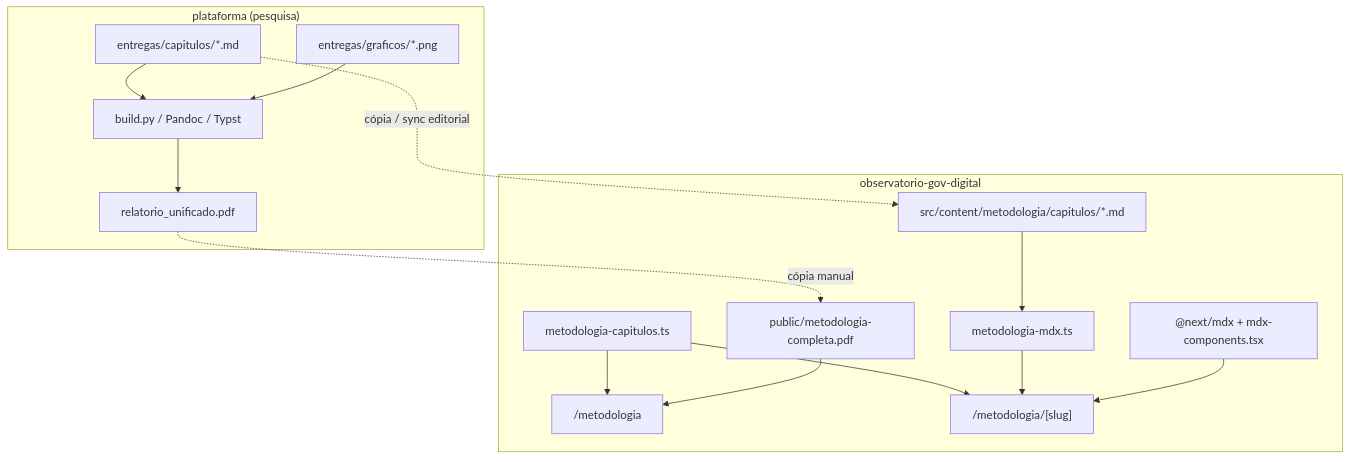
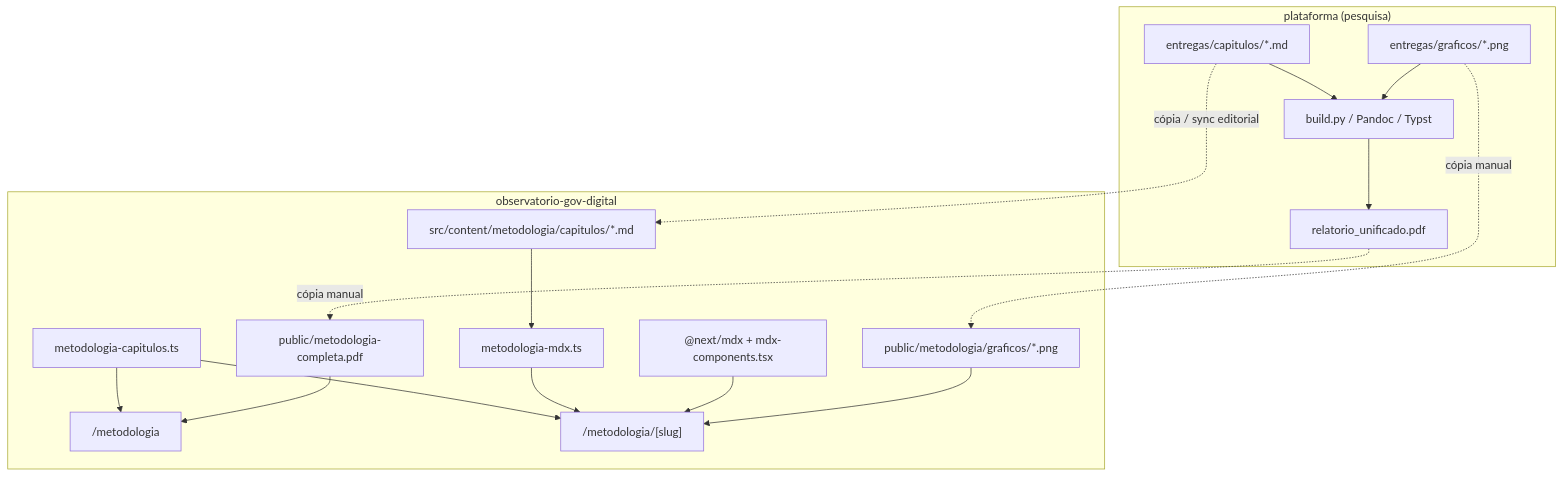
Before and after one commit to lucastavarex/observatorio-gov-digital: the diagram in docs/metodologia-mdx-pdf.md, drawn with Mermaid. The commit also changed other lines of this file and 22 other files, not shown here.

````diff
--- a/docs/metodologia-mdx-pdf.md
+++ b/docs/metodologia-mdx-pdf.md
@@ -47,32 +47,35 @@
 ```mermaid
 flowchart TB
   subgraph plataforma ["plataforma (pesquisa)"]
     MD_SRC["entregas/capitulos/*.md"]
     GRAF["entregas/graficos/*.png"]
     BUILD["build.py / Pandoc / Typst"]
     PDF_OUT["relatorio_unificado.pdf"]
     MD_SRC --> BUILD
     GRAF --> BUILD
     BUILD --> PDF_OUT
   end
 
   subgraph portal ["observatorio-gov-digital"]
     MD_COPY["src/content/metodologia/capitulos/*.md"]
+    GRAF_COPY["public/metodologia/graficos/*.png"]
     REG["metodologia-capitulos.ts"]
     LOADER["metodologia-mdx.ts"]
     MDX["@next/mdx + mdx-components.tsx"]
     HUB["/metodologia"]
     PAGE["/metodologia/[slug]"]
     PUBLIC_PDF["public/metodologia-completa.pdf"]
 
     MD_COPY --> LOADER
     REG --> HUB
     REG --> PAGE
     LOADER --> PAGE
     MDX --> PAGE
+    GRAF_COPY --> PAGE
     PUBLIC_PDF --> HUB
   end
 
   MD_SRC -.->|"cópia / sync editorial"| MD_COPY
+  GRAF -.->|"cópia manual"| GRAF_COPY
   PDF_OUT -.->|"cópia manual"| PUBLIC_PDF
 ```
````
